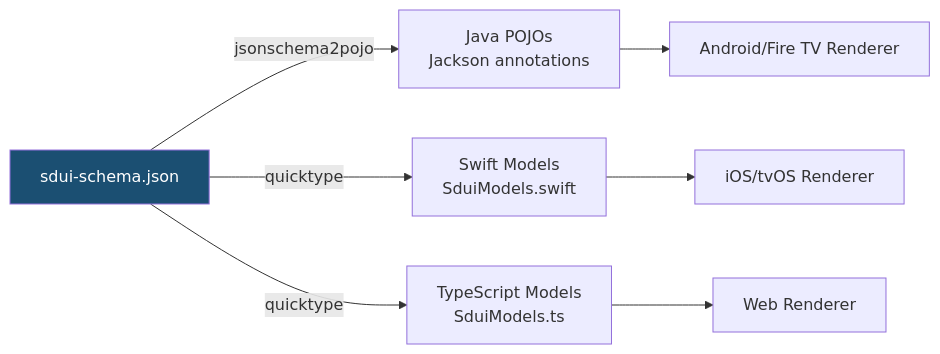
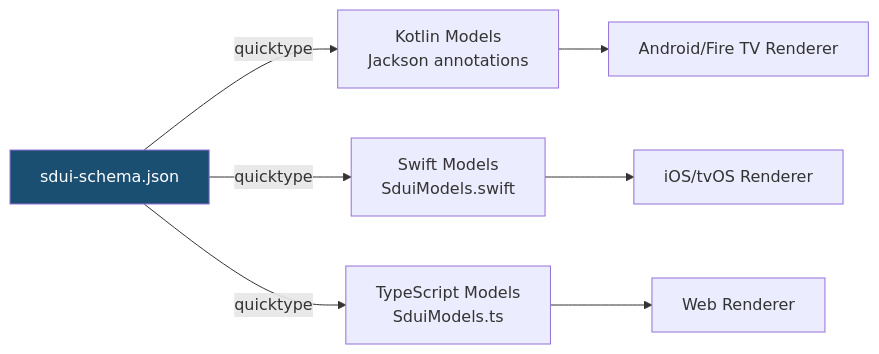
Before and after one commit to bakburner/sdui-learn: the ninth of 11 diagrams in docs/sdui-requirements-summary.md, drawn with Mermaid. The commit also changed other lines of this file and 11 other files, not shown here.

````diff
--- a/docs/sdui-requirements-summary.md
+++ b/docs/sdui-requirements-summary.md
@@ -594,12 +670,12 @@
 ```mermaid
 graph LR
-    SCHEMA[sdui-schema.json] -->|jsonschema2pojo| JAVA[Java POJOs<br/>Jackson annotations]
+    SCHEMA[sdui-schema.json] -->|quicktype| KOTLIN[Kotlin Models<br/>Jackson annotations]
     SCHEMA -->|quicktype| SWIFT[Swift Models<br/>SduiModels.swift]
     SCHEMA -->|quicktype| TS[TypeScript Models<br/>SduiModels.ts]
     
-    JAVA --> ANDROID[Android/Fire TV Renderer]
+    KOTLIN --> ANDROID[Android/Fire TV Renderer]
     SWIFT --> IOS[iOS/tvOS Renderer]
     TS --> WEB[Web Renderer]
     
     style SCHEMA fill:#1B4F72,color:#fff
 ```
````
